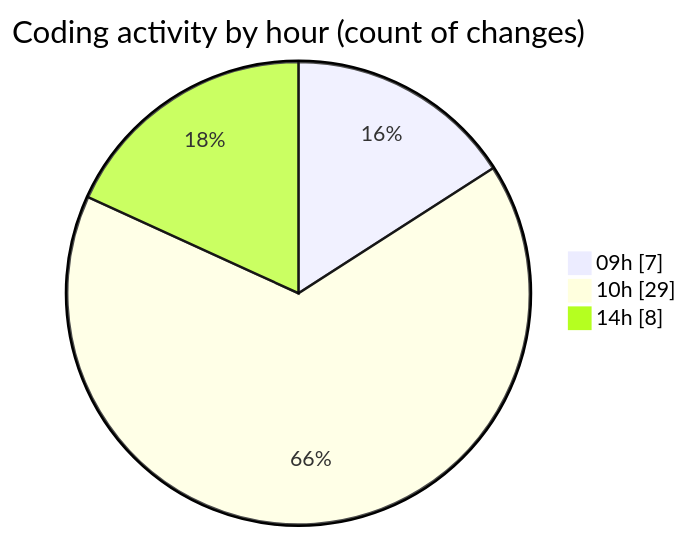
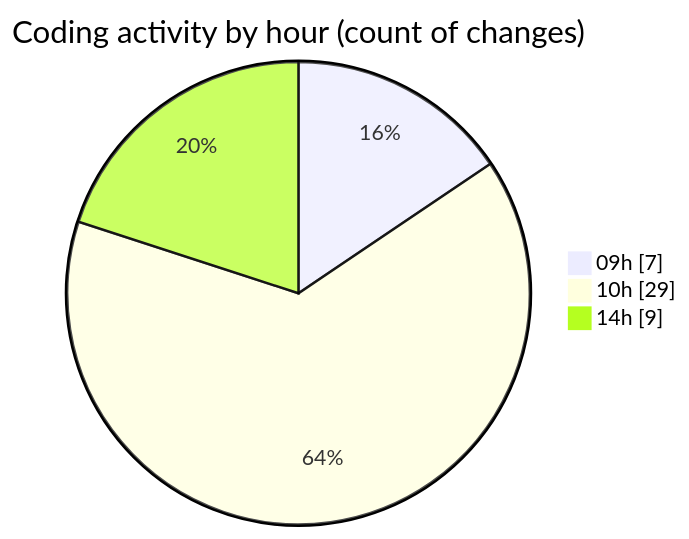
One commit to momahboobian/code-tracking changed the second of 2 diagrams in 2025-06-16/cda/README.md. Above: the diagram before and after it, drawn with Mermaid. The commit also changed other lines of this file and 1 other file, not shown here.

````diff
--- a/2025-06-16/cda/README.md
+++ b/2025-06-16/cda/README.md
@@ -39,7 +40,7 @@
 ```mermaid
 pie showData
 title Coding activity by hour (count of changes)
 "09h" : 7
 "10h" : 29
-"14h" : 8
+"14h" : 9
 ```
````
